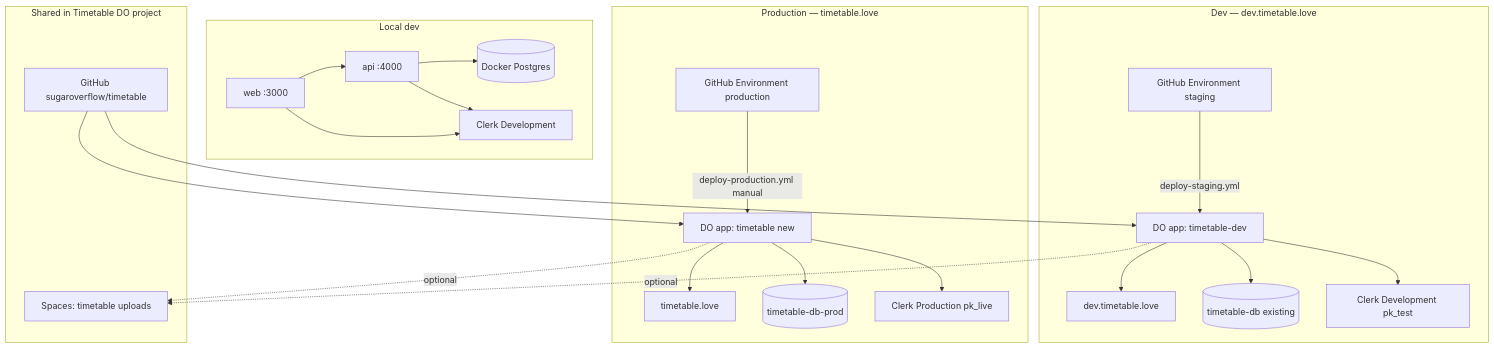
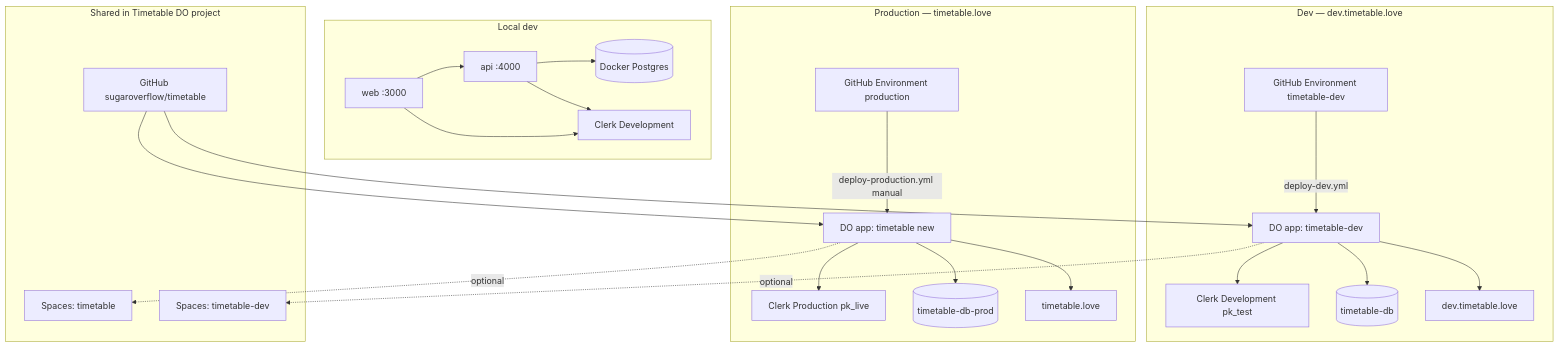
The second of 2 diagrams in README.md (sugaroverflow/timetable), drawn with Mermaid before and after one commit. The commit also changed other lines of this file and 2 other files, not shown here.

````diff
--- a/README.md
+++ b/README.md
@@ -497,46 +454,47 @@
 ```mermaid
 flowchart TB
   subgraph local [Local dev]
     LWeb[web :3000]
     LApi[api :4000]
     LDocker[(Docker Postgres)]
     LClerk[Clerk Development]
     LWeb --> LApi --> LDocker
     LWeb --> LClerk
     LApi --> LClerk
   end
 
-  subgraph staging [Dev — dev.timetable.love]
+  subgraph devHosted [Dev — dev.timetable.love]
     SApp[DO app: timetable-dev]
     SURL[dev.timetable.love]
-    SDB[(timetable-db existing)]
+    SDB[(timetable-db)]
     SClerk[Clerk Development pk_test]
-    GHS[GitHub Environment staging]
+    GHS[GitHub Environment timetable-dev]
     SApp --> SURL
     SApp --> SDB
-    GHS -->|deploy-staging.yml| SApp
+    GHS -->|deploy-dev.yml| SApp
     SApp --> SClerk
   end
 
   subgraph prod [Production — timetable.love]
     PApp[DO app: timetable new]
     PURL[timetable.love]
     PDB[(timetable-db-prod)]
     PClerk[Clerk Production pk_live]
     GHP[GitHub Environment production]
     PApp --> PURL
     PApp --> PDB
     GHP -->|deploy-production.yml manual| PApp
     PApp --> PClerk
   end
 
   subgraph shared [Shared in Timetable DO project]
-    Spaces[Spaces: timetable uploads]
+    SpacesDev[Spaces: timetable-dev]
+    SpacesProd[Spaces: timetable]
     GHRepo[GitHub sugaroverflow/timetable]
   end
 
   GHRepo --> SApp
   GHRepo --> PApp
-  SApp -.optional.-> Spaces
-  PApp -.optional.-> Spaces
+  SApp -.optional.-> SpacesDev
+  PApp -.optional.-> SpacesProd
 ```
````
